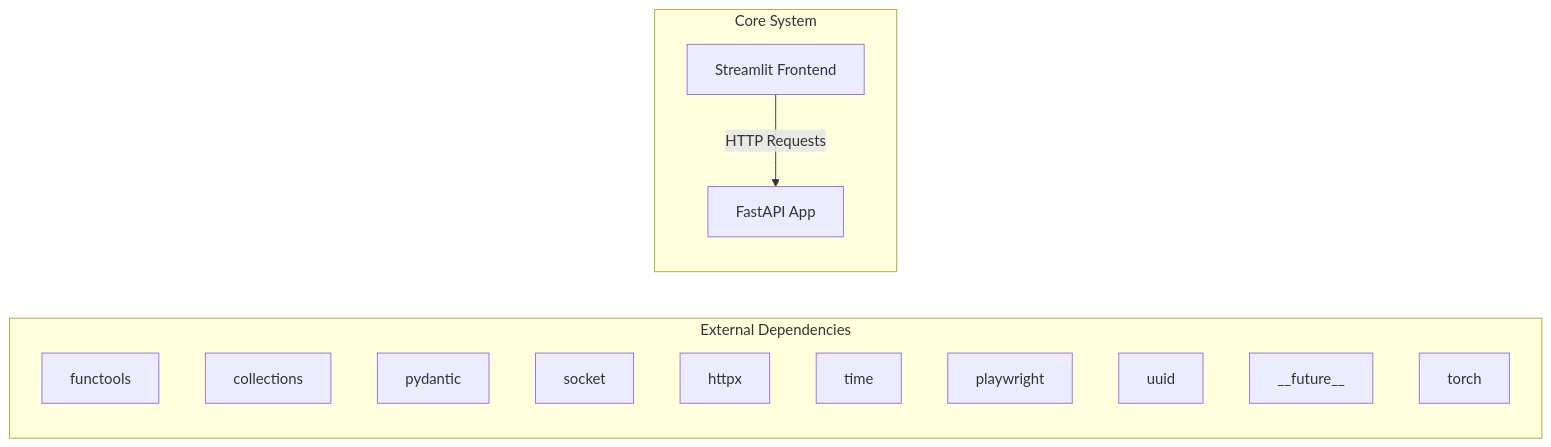
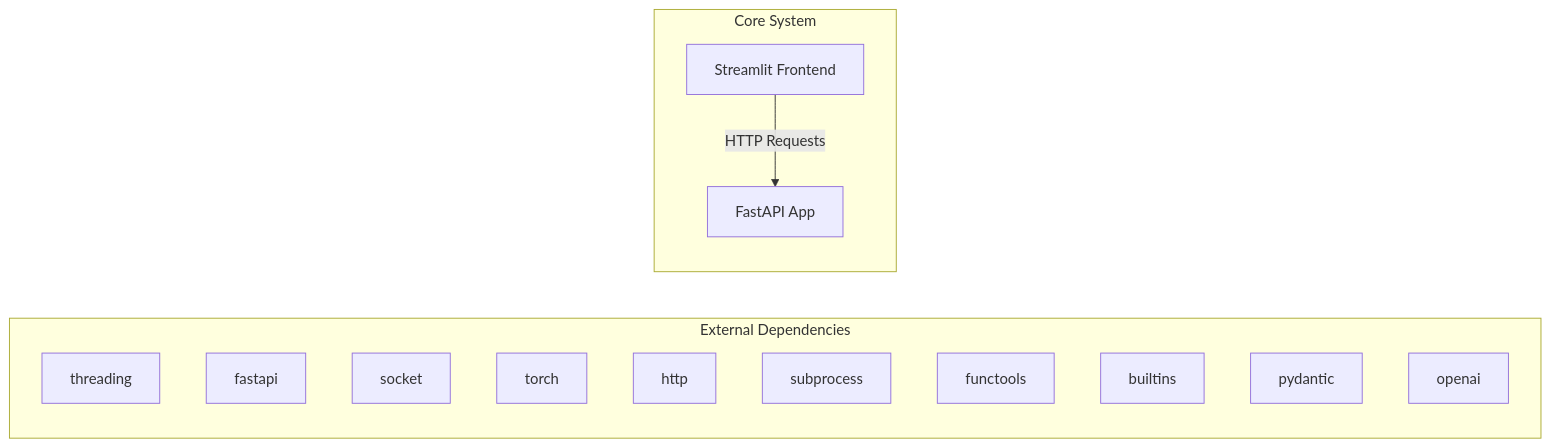
The first of 2 diagrams in docs/architecture.md (NITISH-R-G/rag-context-optimizer), drawn with Mermaid before and after one commit. The commit also changed 1 other file, not shown here.

Commit message:
docs: auto-update repository knowledge, architecture diagrams, and documentation

````diff
--- a/docs/architecture.md
+++ b/docs/architecture.md
@@ -7,20 +7,20 @@
 ```mermaid
 graph LR
     subgraph External Dependencies
-        E0["functools"]
-        E1["collections"]
-        E2["pydantic"]
-        E3["socket"]
-        E4["httpx"]
-        E5["time"]
-        E6["playwright"]
-        E7["uuid"]
-        E8["__future__"]
-        E9["torch"]
+        E0["threading"]
+        E1["fastapi"]
+        E2["socket"]
+        E3["torch"]
+        E4["http"]
+        E5["subprocess"]
+        E6["functools"]
+        E7["builtins"]
+        E8["pydantic"]
+        E9["openai"]
     end
     subgraph Core System
         API["FastAPI App"]
         UI["Streamlit Frontend"]
     end
     UI -->|HTTP Requests| API
 ```
````
